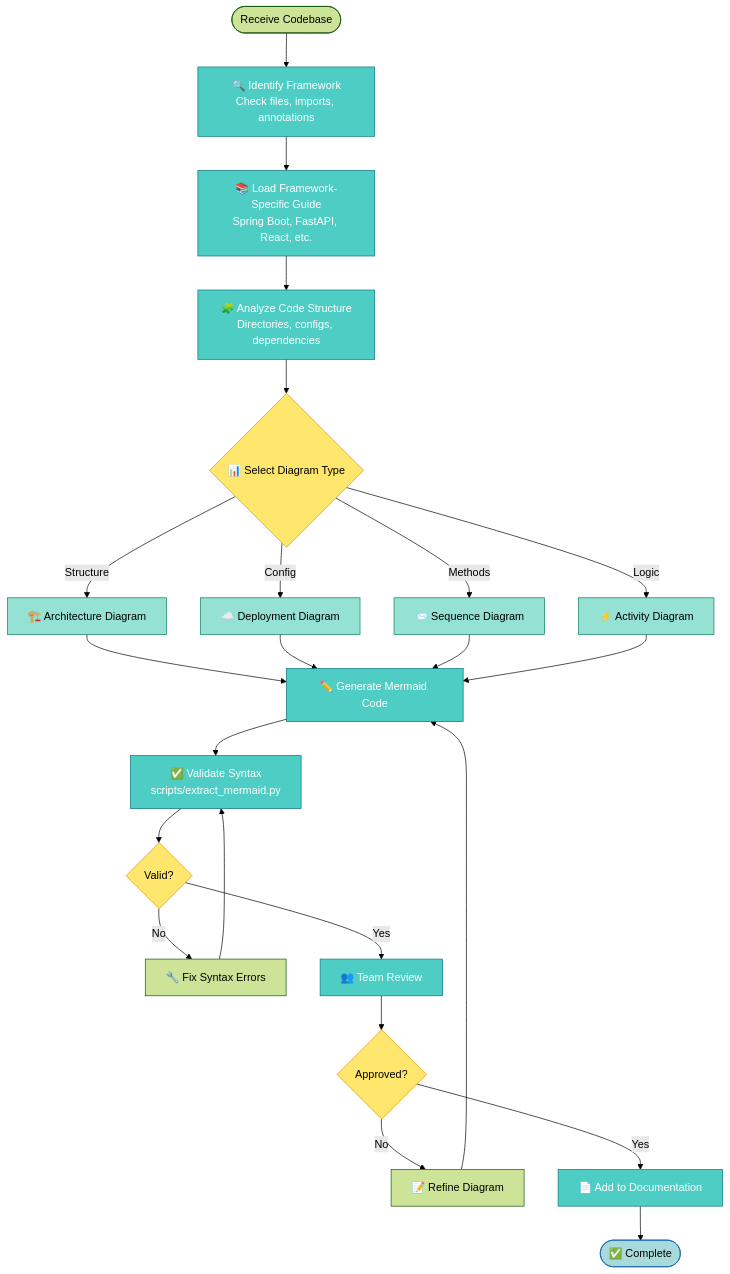
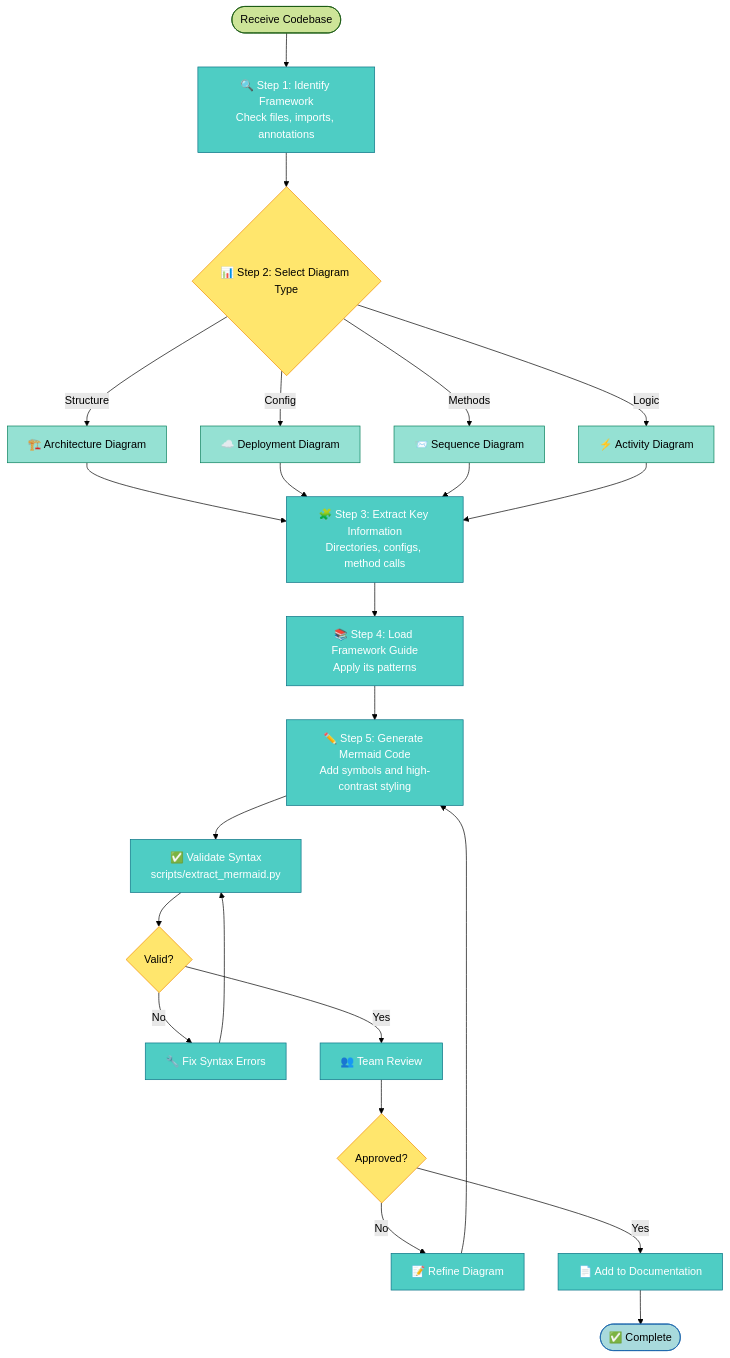
Before and after one commit to kasiopeiya/claude-dev-template: diagram 14 of 14 in .claude/skills/design-doc-mermaid/references/guides/code-to-diagram/README.md, drawn with Mermaid (forest theme). The commit also changed other lines of this file, not shown here.

First line of the commit message:
docs: code-to-diagramのフレームワーク表とワークフロー記述の不整合を解消 (#97)

````diff
--- a/.claude/skills/design-doc-mermaid/references/guides/code-to-diagram/README.md
+++ b/.claude/skills/design-doc-mermaid/references/guides/code-to-diagram/README.md
@@ -809,45 +782,45 @@
 ```mermaid
 flowchart TD
-    Start([Receive Codebase]) --> Identify[🔍 Identify Framework<br/>Check files, imports, annotations]
+    Start([Receive Codebase]) --> Identify[🔍 Step 1: Identify Framework<br/>Check files, imports, annotations]
 
-    Identify --> LoadGuide[📚 Load Framework-Specific Guide<br/>Spring Boot, FastAPI, React, etc.]
-
-    LoadGuide --> Analyze[🧩 Analyze Code Structure<br/>Directories, configs, dependencies]
-
-    Analyze --> SelectDiagram{📊 Select Diagram Type}
+    Identify --> SelectDiagram{📊 Step 2: Select Diagram Type}
 
     SelectDiagram -->|Structure| ArchDiagram[🏗️ Architecture Diagram]
     SelectDiagram -->|Config| DeployDiagram[☁️ Deployment Diagram]
     SelectDiagram -->|Methods| SeqDiagram[📨 Sequence Diagram]
     SelectDiagram -->|Logic| ActDiagram[⚡ Activity Diagram]
 
-    ArchDiagram --> Generate[✏️ Generate Mermaid Code]
-    DeployDiagram --> Generate
-    SeqDiagram --> Generate
-    ActDiagram --> Generate
+    ArchDiagram --> Extract[🧩 Step 3: Extract Key Information<br/>Directories, configs, method calls]
+    DeployDiagram --> Extract
+    SeqDiagram --> Extract
+    ActDiagram --> Extract
+
+    Extract --> LoadGuide[📚 Step 4: Load Framework Guide<br/>Apply its patterns]
+
+    LoadGuide --> Generate[✏️ Step 5: Generate Mermaid Code<br/>Add symbols and high-contrast styling]
 
     Generate --> Validate[✅ Validate Syntax<br/>scripts/extract_mermaid.py]
 
     Validate --> Valid{Valid?}
     Valid -->|No| Fix[🔧 Fix Syntax Errors]
     Fix --> Validate
 
     Valid -->|Yes| Review[👥 Team Review]
 
     Review --> Approved{Approved?}
     Approved -->|No| Refine[📝 Refine Diagram]
     Refine --> Generate
 
     Approved -->|Yes| Document[📄 Add to Documentation]
     Document --> Done([✅ Complete])
 
     classDef process fill:#4ECDC4,stroke:#0B7285,color:#fff
     classDef decision fill:#FFE66D,stroke:#F08C00,color:#000
     classDef diagram fill:#95E1D3,stroke:#087F5B,color:#000
     classDef done fill:#A8DADC,stroke:#1864AB,color:#000
 
-    class Identify,LoadGuide,Analyze,Generate,Validate,Review,Document process
+    class Identify,Extract,LoadGuide,Generate,Validate,Fix,Review,Refine,Document process
     class SelectDiagram,Valid,Approved decision
     class ArchDiagram,DeployDiagram,SeqDiagram,ActDiagram diagram
     class Done done
 ```
````
